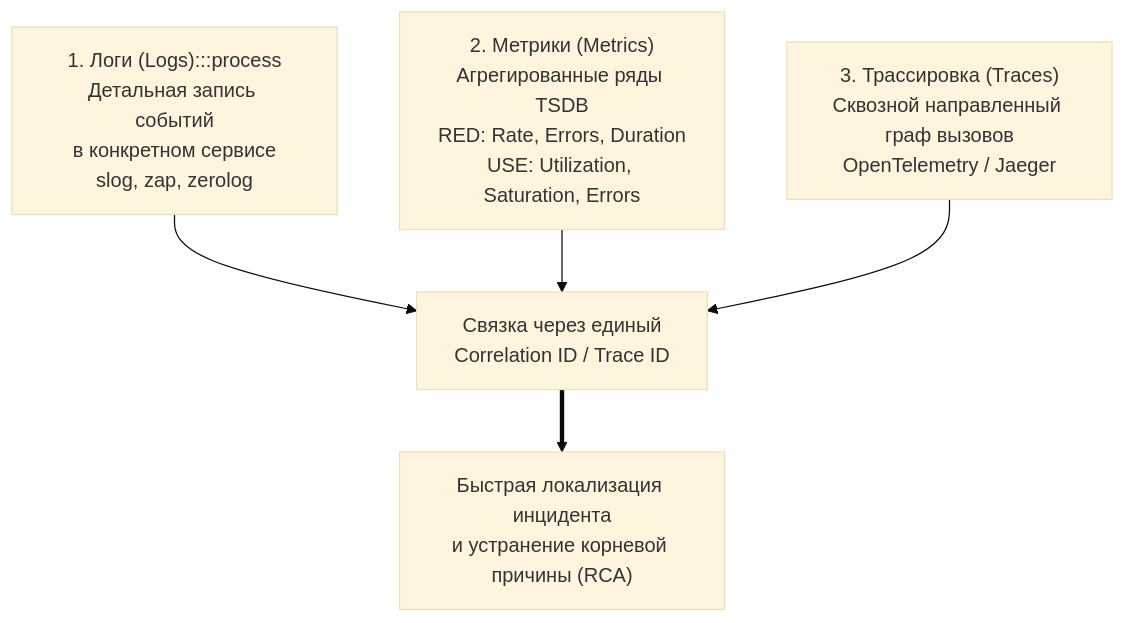
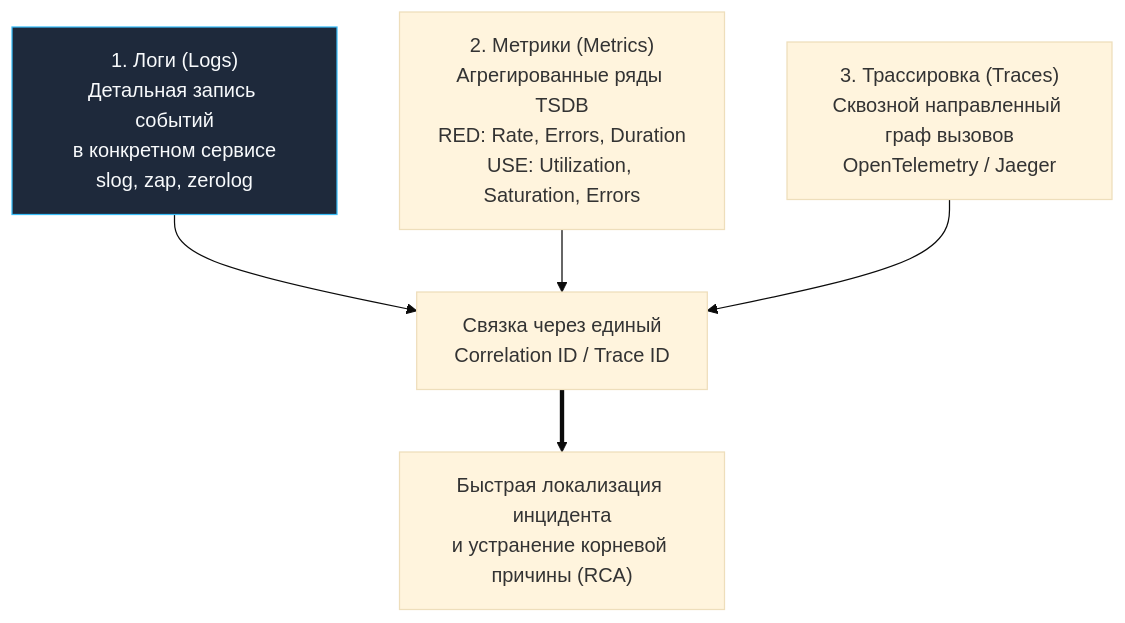
Before and after one commit to UnrealTemplier/go-textbook-ru: the first of 2 diagrams in sources/14. Распределенные системы на Go/08. Практика/8. Debugging distributed systems.md, drawn with Mermaid (base theme). The commit also changed 40 other files, not shown here.

First line of the commit message:
fix(mermaid): move :::class out of 48 quoted node labels

````diff
--- a/sources/14. Распределенные системы на Go/08. Практика/8. Debugging distributed systems.md
+++ b/sources/14. Распределенные системы на Go/08. Практика/8. Debugging distributed systems.md
@@ -37,18 +37,18 @@
 ```mermaid
 flowchart TD
     classDef process  fill:#1e293b,stroke:#38bdf8,stroke-width:1px,color:#f8fafc
     classDef success  fill:#064e3b,stroke:#34d399,stroke-width:1px,color:#f8fafc
     classDef error    fill:#7f1d1d,stroke:#f87171,stroke-width:1px,color:#f8fafc
     classDef warning  fill:#78350f,stroke:#fbbf24,stroke-width:1px,color:#f8fafc
     classDef entry    fill:#1e3a5f,stroke:#38bdf8,stroke-width:2px,color:#f8fafc
     classDef aux      fill:#334155,stroke:#64748b,stroke-width:1px,color:#f8fafc
     classDef system   fill:#312e81,stroke:#a78bfa,stroke-width:1px,color:#f8fafc
     classDef data     fill:#132d29,stroke:#2dd4bf,stroke-width:1px,color:#f8fafc
     classDef network  fill:#881337,stroke:#fb7185,stroke-width:1px,color:#f8fafc
     classDef accent   fill:#1e1b4b,stroke:#818cf8,stroke-width:1px,color:#f8fafc
-    Logs["1. Логи (Logs):::process\nДетальная запись событий\nв конкретном сервисе\nslog, zap, zerolog"] --> Correlation["Связка через единый\nCorrelation ID / Trace ID"]
+    Logs["1. Логи (Logs)\nДетальная запись событий\nв конкретном сервисе\nslog, zap, zerolog"]:::process --> Correlation["Связка через единый\nCorrelation ID / Trace ID"]
     Metrics["2. Метрики (Metrics)\nАгрегированные ряды TSDB\nRED: Rate, Errors, Duration\nUSE: Utilization, Saturation, Errors"] --> Correlation
     Traces["3. Трассировка (Traces)\nСквозной направленный граф вызовов\nOpenTelemetry / Jaeger"] --> Correlation
     
     Correlation ==> Debug["Быстрая локализация инцидента\nи устранение корневой причины (RCA)"]
 ```
````
